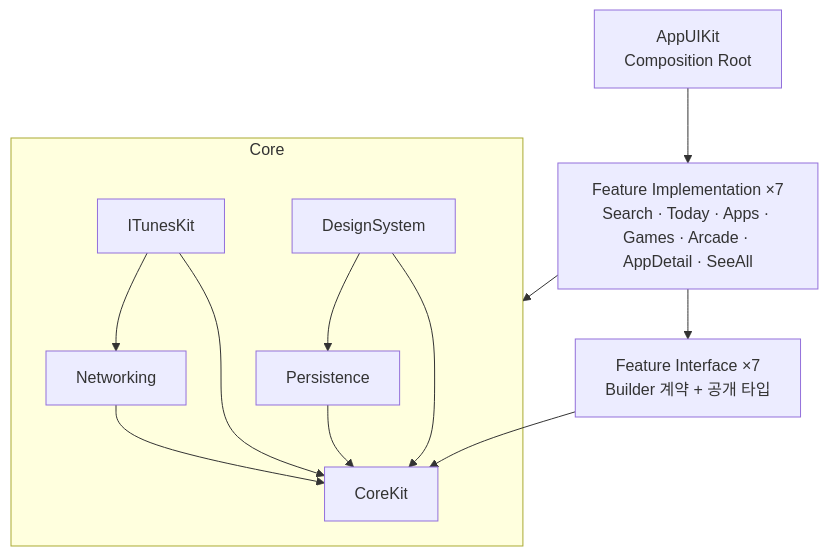
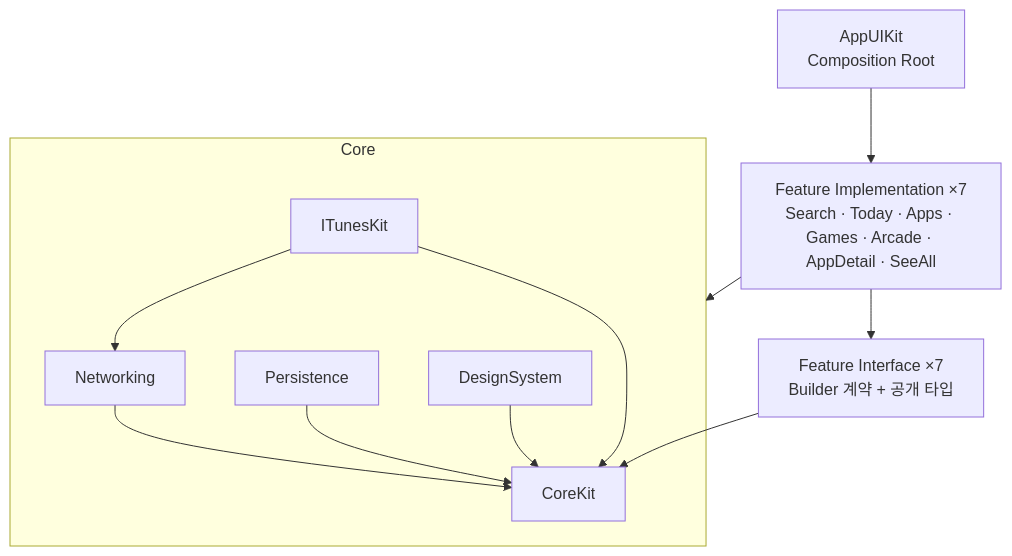
The diagram in README.md (Groot-94/My_AppStore), drawn with Mermaid before and after one commit. The commit also changed other lines of this file and 21 other files, not shown here.

````diff
--- a/README.md
+++ b/README.md
@@ -27,15 +27,14 @@
 ```mermaid
 graph TD
     App[AppUIKit<br/>Composition Root] --> Impl[Feature Implementation ×7<br/>Search · Today · Apps · Games · Arcade · AppDetail · SeeAll]
     Impl --> Intf[Feature Interface ×7<br/>Builder 계약 + 공개 타입]
     Impl --> Core
     Intf --> CoreKit
     subgraph Core
         ITunesKit --> Networking
-        DesignSystem --> Persistence
         Networking --> CoreKit
         Persistence --> CoreKit
         ITunesKit --> CoreKit
         DesignSystem --> CoreKit
     end
 ```
````
